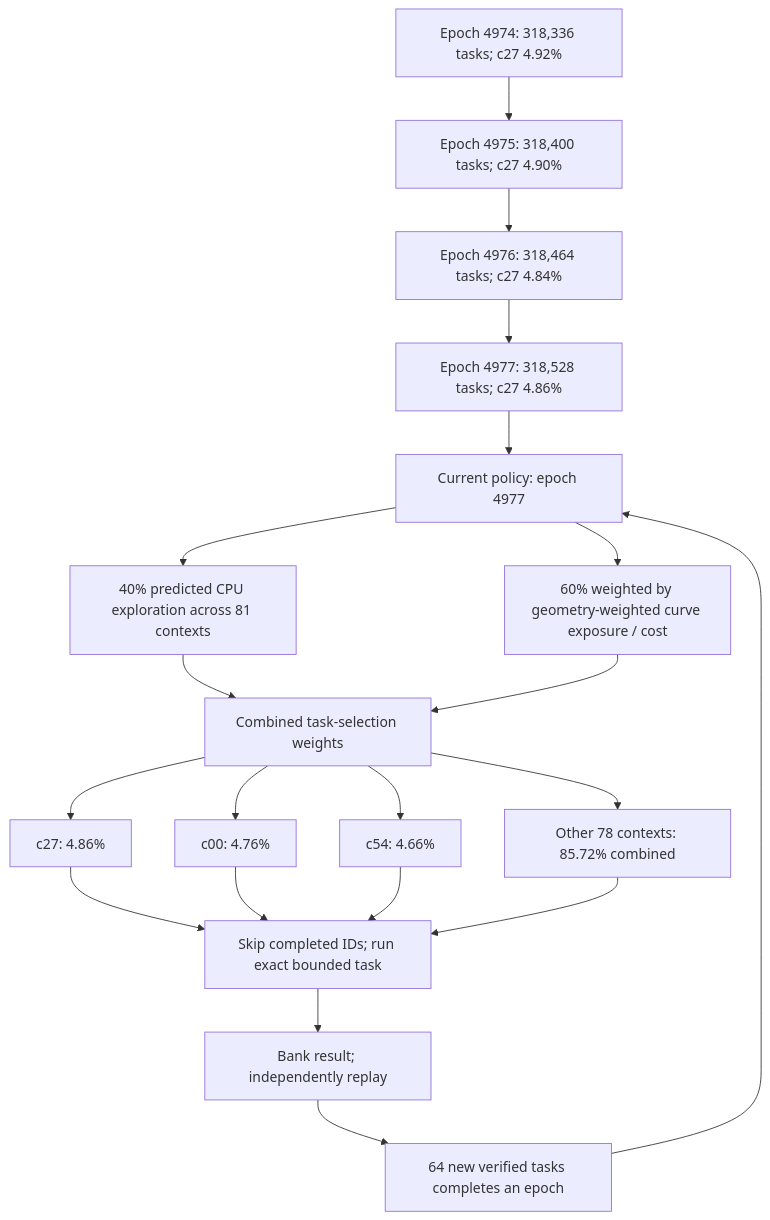
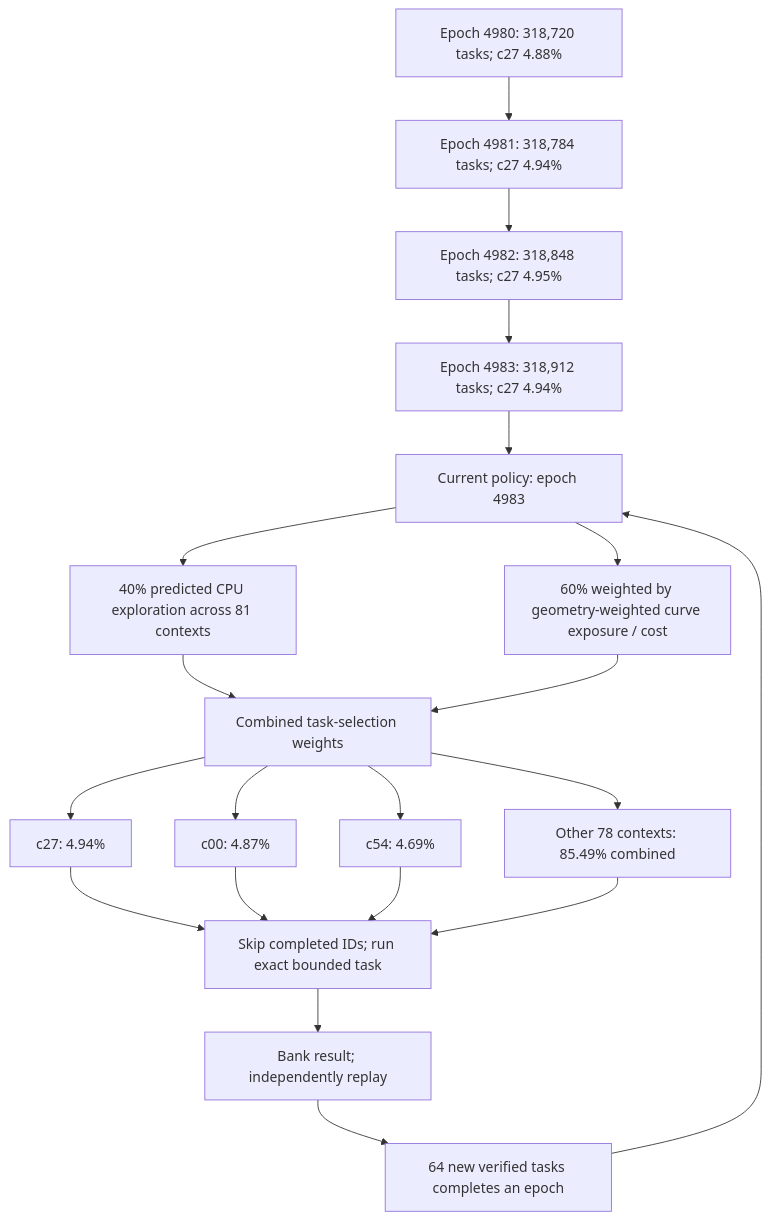
Before and after one commit to Kuberwastaken/math-gambling: the first of 3 diagrams in README.md, drawn with Mermaid. The commit also changed other lines of this file and 1078 other files, not shown here.

````diff
--- a/README.md
+++ b/README.md
@@ -60,27 +60,27 @@
 ```mermaid
 flowchart TD
-    H0["Epoch 4974: 318,336 tasks; c27 4.92%"]
-    H1["Epoch 4975: 318,400 tasks; c27 4.90%"]
+    H0["Epoch 4980: 318,720 tasks; c27 4.88%"]
+    H1["Epoch 4981: 318,784 tasks; c27 4.94%"]
     H0 --> H1
-    H2["Epoch 4976: 318,464 tasks; c27 4.84%"]
+    H2["Epoch 4982: 318,848 tasks; c27 4.95%"]
     H1 --> H2
-    H3["Epoch 4977: 318,528 tasks; c27 4.86%"]
+    H3["Epoch 4983: 318,912 tasks; c27 4.94%"]
     H2 --> H3
-    Policy["Current policy: epoch 4977"]
+    Policy["Current policy: epoch 4983"]
     H3 --> Policy
     Policy --> Explore["40% predicted CPU exploration across 81 contexts"]
     Policy --> Cost["60% weighted by geometry-weighted curve exposure / cost"]
     Explore --> Mix["Combined task-selection weights"]
     Cost --> Mix
-    Mix --> C0["c27: 4.86%"]
-    Mix --> C1["c00: 4.76%"]
-    Mix --> C2["c54: 4.66%"]
-    Mix --> Rest["Other 78 contexts: 85.72% combined"]
+    Mix --> C0["c27: 4.94%"]
+    Mix --> C1["c00: 4.87%"]
+    Mix --> C2["c54: 4.69%"]
+    Mix --> Rest["Other 78 contexts: 85.49% combined"]
     C0 --> Check["Skip completed IDs; run exact bounded task"]
     C1 --> Check
     C2 --> Check
     Rest --> Check
     Check --> Replay["Bank result; independently replay"]
     Replay --> Gate["64 new verified tasks completes an epoch"]
     Gate --> Policy
 ```
````
